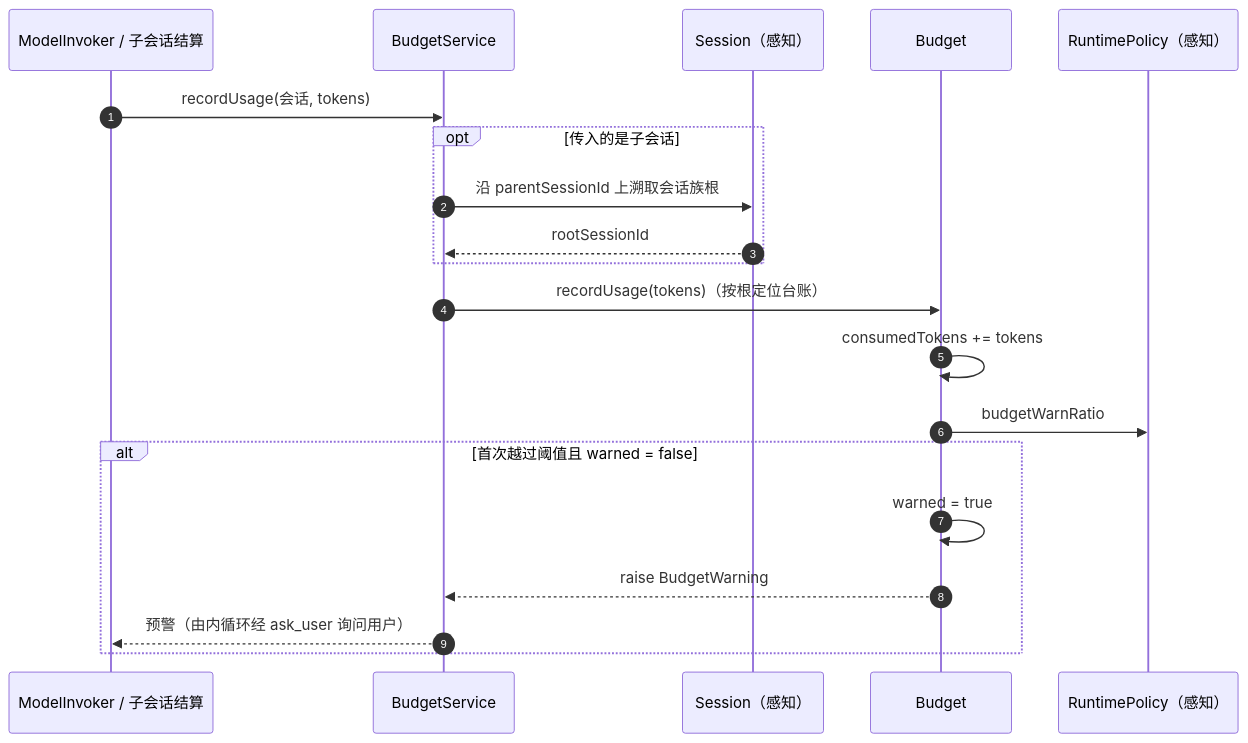
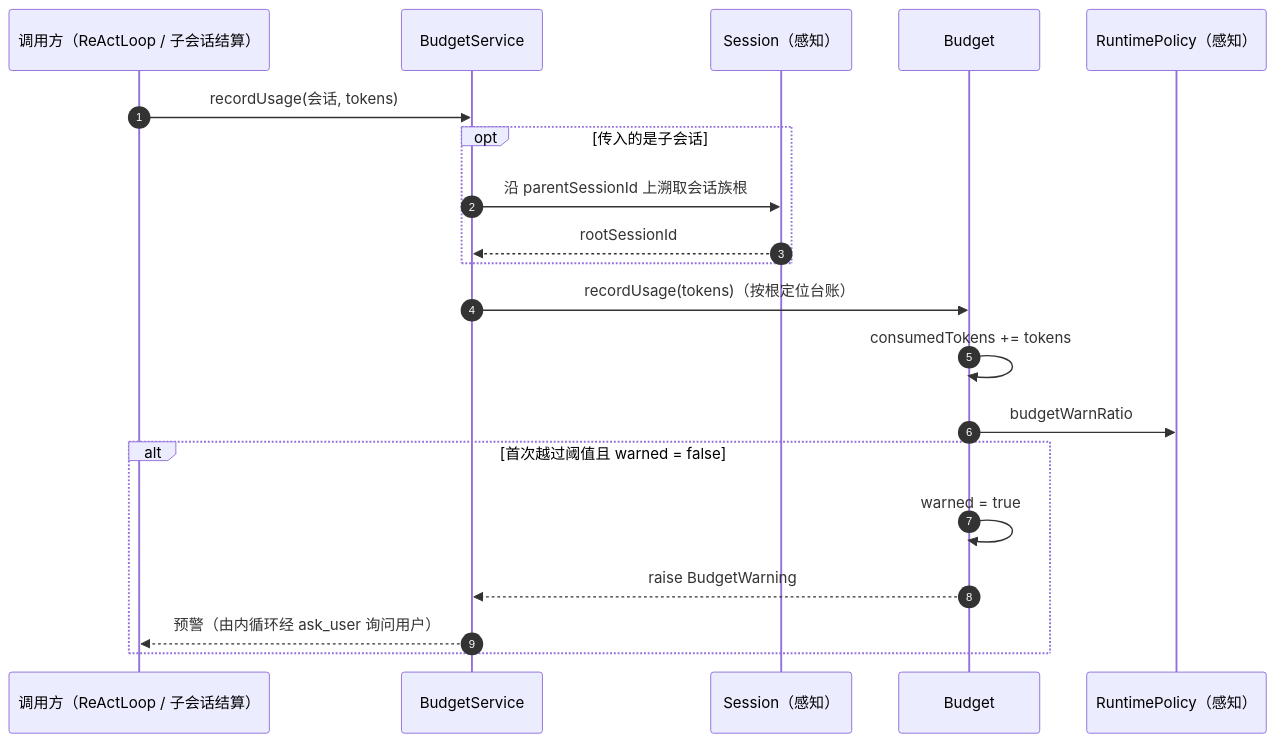
One commit to zcd0831/Jellyfish-Docs changed the fifth of 5 diagrams in model/模块-行动.md. Above: the diagram before and after it, drawn with Mermaid. The commit also changed other lines of this file and 9 other files, not shown here.

````diff
--- a/model/模块-行动.md
+++ b/model/模块-行动.md
@@ -575,23 +506,23 @@
 ```mermaid
 sequenceDiagram
     autonumber
-    participant CALLER as ModelInvoker / 子会话结算
+    participant CALLER as 调用方（ReActLoop / 子会话结算）
     participant BS as BudgetService
     participant S as Session（感知）
     participant B as Budget
     participant RP as RuntimePolicy（感知）
 
     CALLER->>BS: recordUsage(会话, tokens)
     opt 传入的是子会话
         BS->>S: 沿 parentSessionId 上溯取会话族根
         S-->>BS: rootSessionId
     end
     BS->>B: recordUsage(tokens)（按根定位台账）
     B->>B: consumedTokens += tokens
     B->>RP: budgetWarnRatio
     alt 首次越过阈值且 warned = false
         B->>B: warned = true
         B-->>BS: raise BudgetWarning
         BS-->>CALLER: 预警（由内循环经 ask_user 询问用户）
     end
 ```
````
